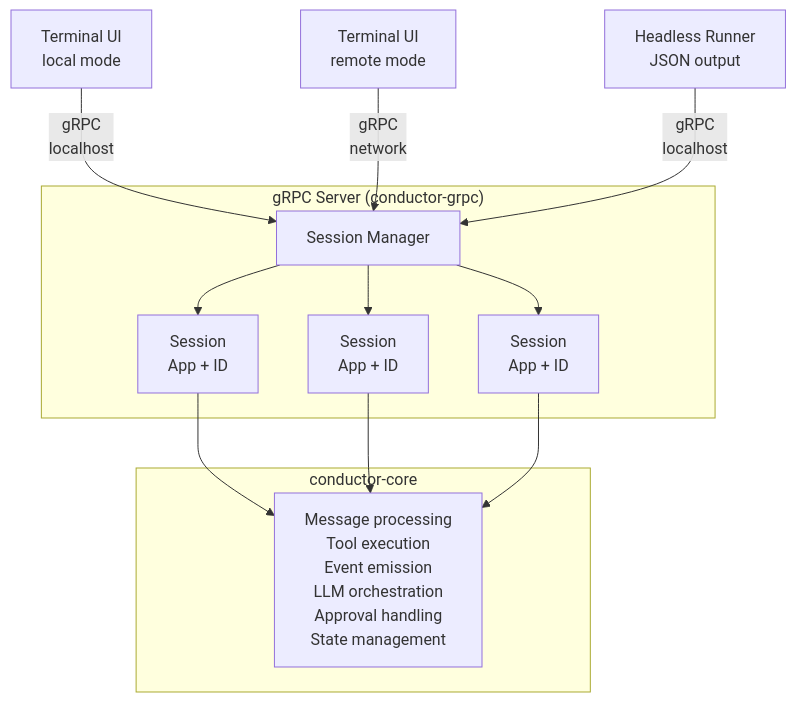
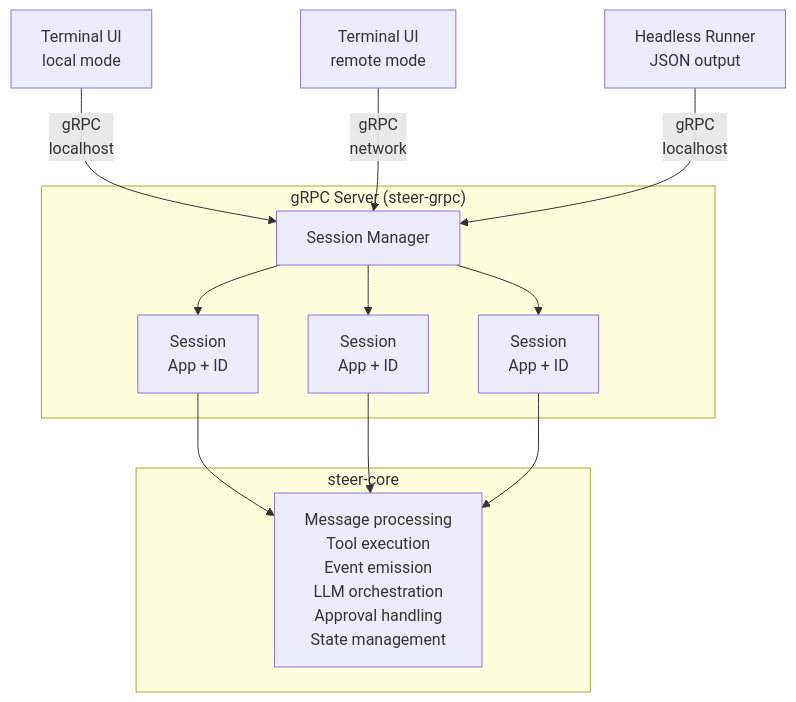
Before and after one commit to BrendanGraham14/steer: the first of 7 diagrams in ARCHITECTURE.md, drawn with Mermaid. The commit also changed other lines of this file and 424 other files, not shown here.

Commit message:
chore: conductor -> steer

````diff
--- a/ARCHITECTURE.md
+++ b/ARCHITECTURE.md
@@ -21,29 +21,29 @@
 ```mermaid
 graph TB
     TUI1[Terminal UI<br/>local mode]
     TUI2[Terminal UI<br/>remote mode]
     HL[Headless Runner<br/>JSON output]
 
-    subgraph GRPC["gRPC Server (conductor-grpc)"]
+    subgraph GRPC["gRPC Server (steer-grpc)"]
         SM[Session Manager]
         S1[Session<br/>App + ID]
         S2[Session<br/>App + ID]
         S3[Session<br/>App + ID]
 
         SM --> S1
         SM --> S2
         SM --> S3
     end
 
-    subgraph CORE["conductor-core"]
+    subgraph CORE["steer-core"]
         APP[Message processing<br/>Tool execution<br/>Event emission<br/>LLM orchestration<br/>Approval handling<br/>State management]
     end
 
     TUI1 -->|gRPC<br/>localhost| SM
     TUI2 -->|gRPC<br/>network| SM
     HL -->|gRPC<br/>localhost| SM
 
     S1 --> APP
     S2 --> APP
     S3 --> APP
 ```
````
